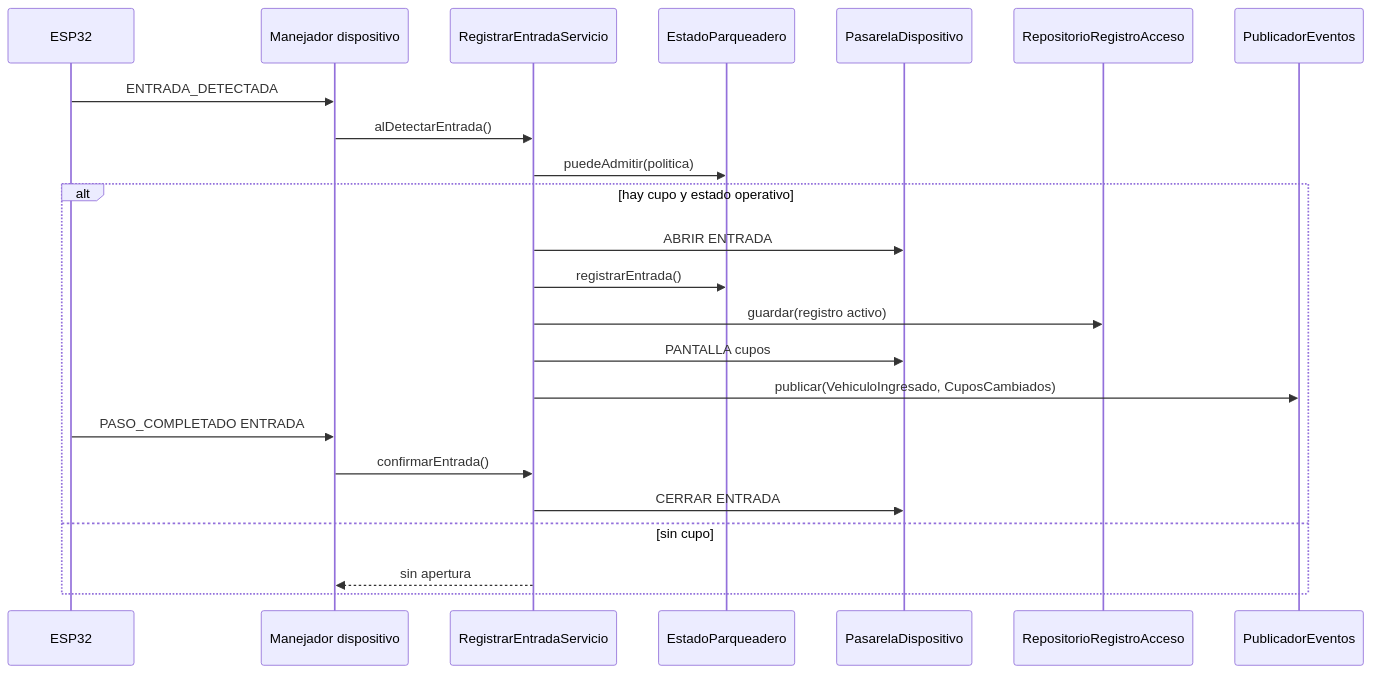
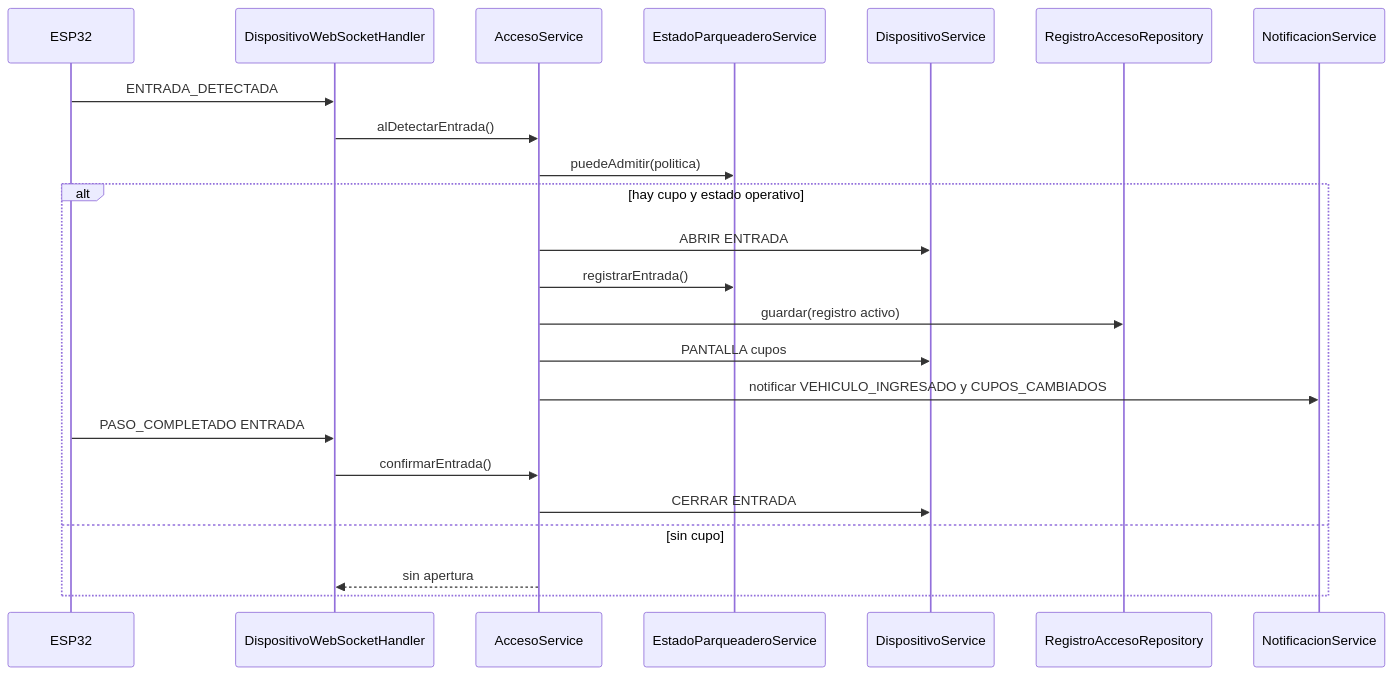
Diagram 11 of 13 in docs/especificacion_tecnica_smart_parking.md (ElFernanduz/SmartParking), drawn with Mermaid before and after one commit. The commit also changed other lines of this file and 263 other files, not shown here.

````diff
--- a/docs/especificacion_tecnica_smart_parking.md
+++ b/docs/especificacion_tecnica_smart_parking.md
@@ -1048,26 +1190,26 @@
 ```mermaid
 sequenceDiagram
     participant ES as ESP32
-    participant MD as Manejador dispositivo
-    participant UC as RegistrarEntradaServicio
-    participant PL as EstadoParqueadero
-    participant PD as PasarelaDispositivo
-    participant RE as RepositorioRegistroAcceso
-    participant EV as PublicadorEventos
+    participant MD as DispositivoWebSocketHandler
+    participant UC as AccesoService
+    participant PL as EstadoParqueaderoService
+    participant PD as DispositivoService
+    participant RE as RegistroAccesoRepository
+    participant EV as NotificacionService
 
     ES->>MD: ENTRADA_DETECTADA
     MD->>UC: alDetectarEntrada()
     UC->>PL: puedeAdmitir(politica)
     alt hay cupo y estado operativo
         UC->>PD: ABRIR ENTRADA
         UC->>PL: registrarEntrada()
         UC->>RE: guardar(registro activo)
         UC->>PD: PANTALLA cupos
-        UC->>EV: publicar(VehiculoIngresado, CuposCambiados)
+        UC->>EV: notificar VEHICULO_INGRESADO y CUPOS_CAMBIADOS
         ES->>MD: PASO_COMPLETADO ENTRADA
         MD->>UC: confirmarEntrada()
         UC->>PD: CERRAR ENTRADA
     else sin cupo
         UC-->>MD: sin apertura
     end
 ```
````
